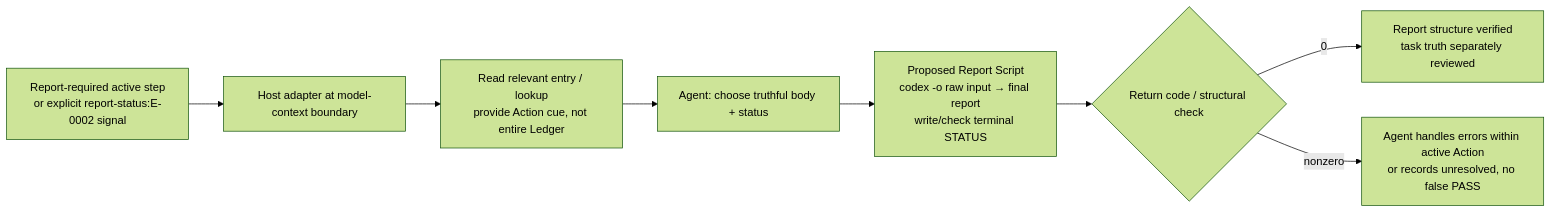
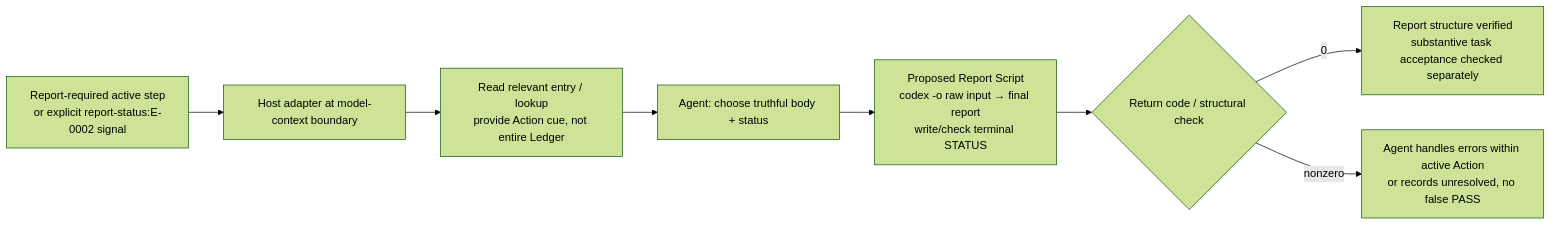
Before and after one commit to dyphn1/Harness-everything: the third of 3 diagrams in docs/discussions/error-hook-framework/README.md, drawn with Mermaid (forest theme).

Commit message:
docs(hooks): mark reviewer remediation authority as undecided and clarify objective acceptance (#439)

````diff
--- a/docs/discussions/error-hook-framework/README.md
+++ b/docs/discussions/error-hook-framework/README.md
@@ -136,10 +136,10 @@
 ```mermaid
 flowchart LR
     MARK["Report-required active step<br/>or explicit report-status:E-0002 signal"] --> H["Host adapter at model-context boundary"]
     H --> L["Read relevant entry / lookup<br/>provide Action cue, not entire Ledger"]
     L --> M["Agent: choose truthful body + status"]
     M --> S["Proposed Report Script<br/>codex -o raw input → final report<br/>write/check terminal STATUS"]
     S --> RC{"Return code / structural check"}
-    RC -->|0| OK["Report structure verified<br/>task truth separately reviewed"]
+    RC -->|0| OK["Report structure verified<br/>substantive task acceptance checked separately"]
     RC -->|nonzero| RET["Agent handles errors within active Action<br/>or records unresolved, no false PASS"]
 ```
````
